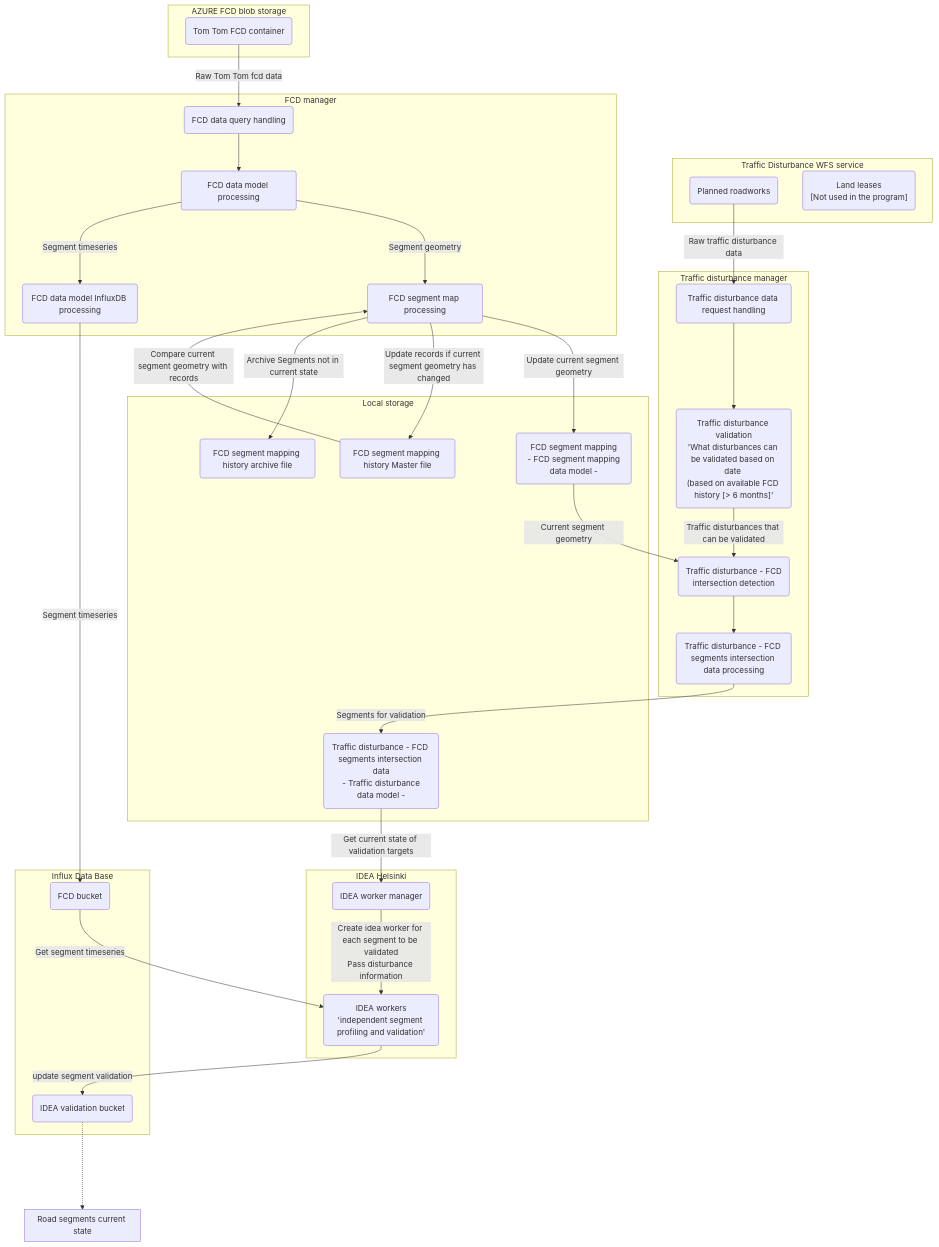
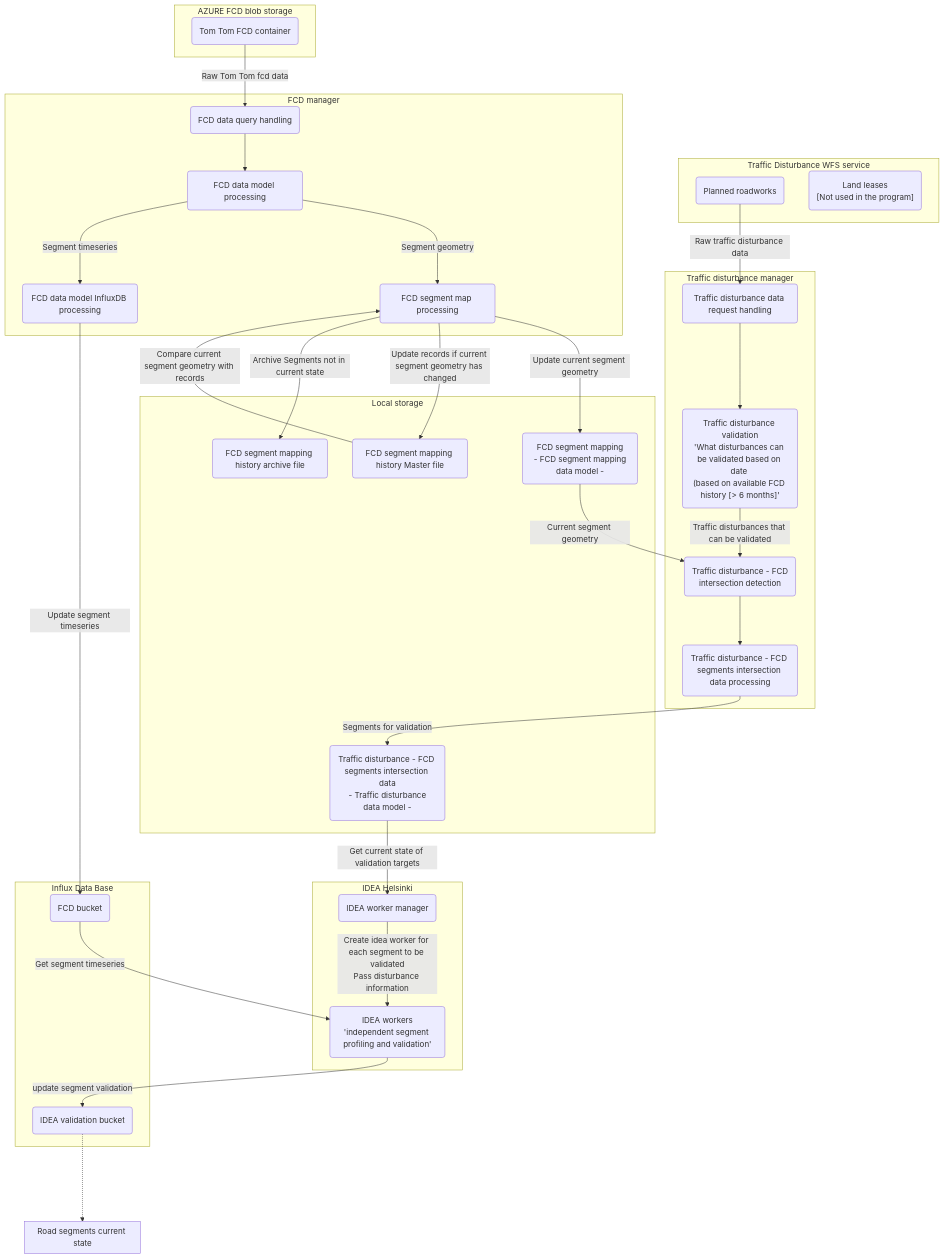
Before and after one commit to ForumViriumHelsinki/IDEA-Helsinki: the diagram in docs/program_schematic.md, drawn with Mermaid.

Commit message:
Updated program process schematic.

````diff
--- a/docs/program_schematic.md
+++ b/docs/program_schematic.md
@@ -1,76 +1,76 @@
 ```mermaid
 graph
     subgraph azureStorage["AZURE FCD blob storage"]
         TomTomBlobContainer("Tom Tom FCD container"):::db_bucket
     end
     
     subgraph TrafficDisturbanceWFS["Traffic Disturbance WFS service"]
         RoadWorks("Planned roadworks")
         LandLeases("Land leases<br>[Not used in the program]")
     end
     
     subgraph DisturbanceManager["Traffic disturbance manager"]
         TrafficDisturbanceDataRequest("Traffic disturbance data request handling")
         TrafficDisturbanceValidation("Traffic disturbance validation<br>'What disturbances can be validated based on date <br>(based on available FCD history [> 6 months]'")
         IntersectionDetection("Traffic disturbance - FCD<br>intersection detection")
         TrafficDisturbanceFCDDataProcessing("Traffic disturbance - FCD segments intersection data processing")
     end
     
     subgraph FcdManager["FCD manager"]
         FcdDataRequest("FCD data query handling")
         FcdDataModelProcessing("FCD data model processing")
         FcdDataMapProcessing("FCD segment map processing")
         FcdDataInfluxProcessing("FCD data model InfluxDB processing")
     end
     
     subgraph InfluxDB["Influx Data Base"]
         FcdBucket("FCD bucket"):::db_bucket 
         IdeaBucket("IDEA validation bucket"):::db_bucket
     end
     
     subgraph LocalStorage["Local storage"]
         FcdMapping("FCD segment mapping<br> - FCD segment mapping data model -"):::local_storage
         FcdMappingMasterHistory("FCD segment mapping history Master file"):::local_storage
         FcdMappingArchiveHistory("FCD segment mapping history archive file"):::local_storage 
         TrafficDisturbanceFCDData("Traffic disturbance - FCD segments intersection data<br> - Traffic disturbance data model -"):::local_storage
     end
     
     subgraph IdeaHelsinki["IDEA Helsinki"]
         IdeaManager("IDEA worker manager"):::idea_manager
         IdeaWorker("IDEA workers<br>'independent segment profiling and validation'"):::idea_worker
     end
     
     subgraph RoadSegmentState["Road segments current state"]
         
     end
     
     
     %% FCD processing
     TomTomBlobContainer -- "Raw Tom Tom fcd data" --> FcdDataRequest
     FcdDataRequest --> FcdDataModelProcessing
     FcdDataModelProcessing -- "Segment geometry" --> FcdDataMapProcessing
     FcdDataMapProcessing -- "Update current segment geometry" --> FcdMapping
     FcdMappingMasterHistory -- "Compare current segment geometry with records" --> FcdDataMapProcessing
     FcdDataMapProcessing -- "Update records if current segment geometry has changed" --> FcdMappingMasterHistory 
     FcdDataMapProcessing  --"Archive Segments not in current state" --> FcdMappingArchiveHistory
     
     FcdDataModelProcessing -- "Segment timeseries" --> FcdDataInfluxProcessing
-    FcdDataInfluxProcessing -- "Segment timeseries" --> FcdBucket
+    FcdDataInfluxProcessing -- "Update segment timeseries" --> FcdBucket
     
     %% Traffic disturbance processing
     RoadWorks -- "Raw traffic disturbance data" --> TrafficDisturbanceDataRequest
     TrafficDisturbanceDataRequest --> TrafficDisturbanceValidation
     TrafficDisturbanceValidation -- "Traffic disturbances that can be validated" -->IntersectionDetection
     FcdMapping -- "Current segment geometry" --> IntersectionDetection
     IntersectionDetection --> TrafficDisturbanceFCDDataProcessing
     TrafficDisturbanceFCDDataProcessing -- "Segments for validation" --> TrafficDisturbanceFCDData
     
     %% Idea processing
     TrafficDisturbanceFCDData -- "Get current state of validation targets" --> IdeaManager
     IdeaManager --"Create idea worker for each segment to be validated<br>Pass disturbance information" --> IdeaWorker
     FcdBucket -- "Get segment timeseries" --> IdeaWorker
     IdeaWorker --"update segment validation" --> IdeaBucket
     
     IdeaBucket -...-> RoadSegmentState
     
 ``` 
````
